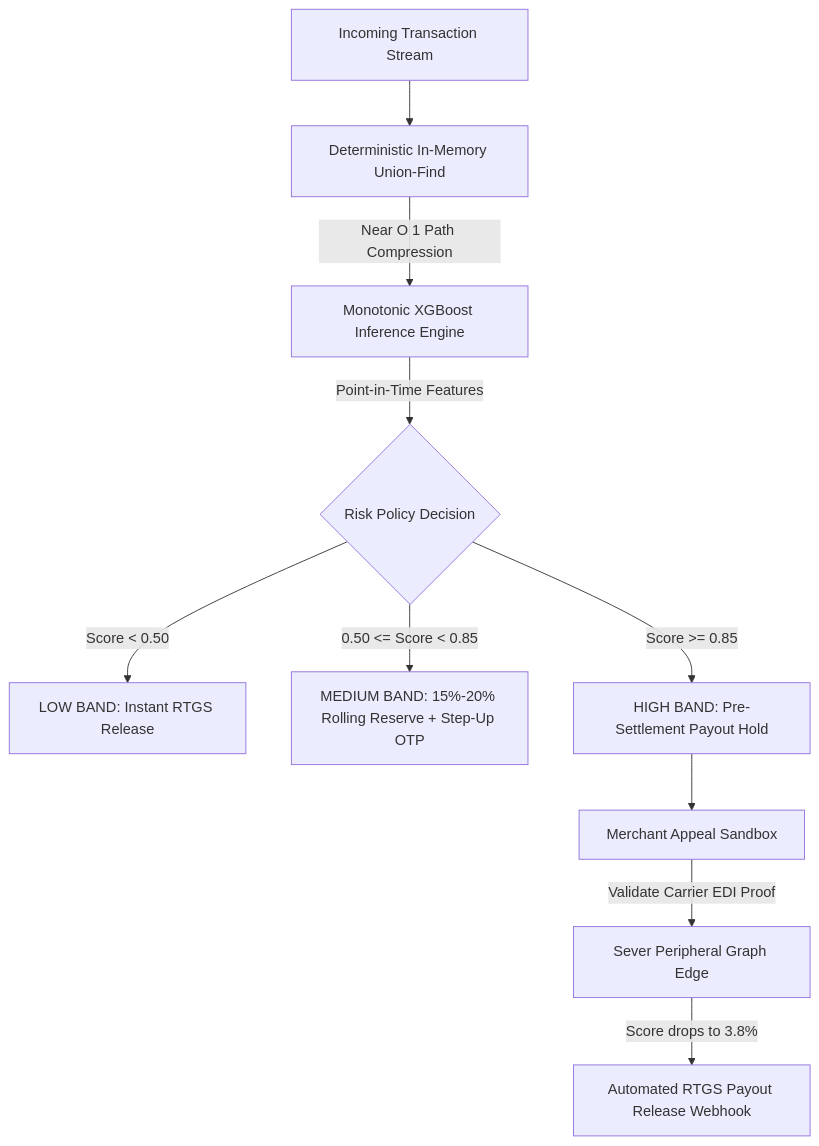
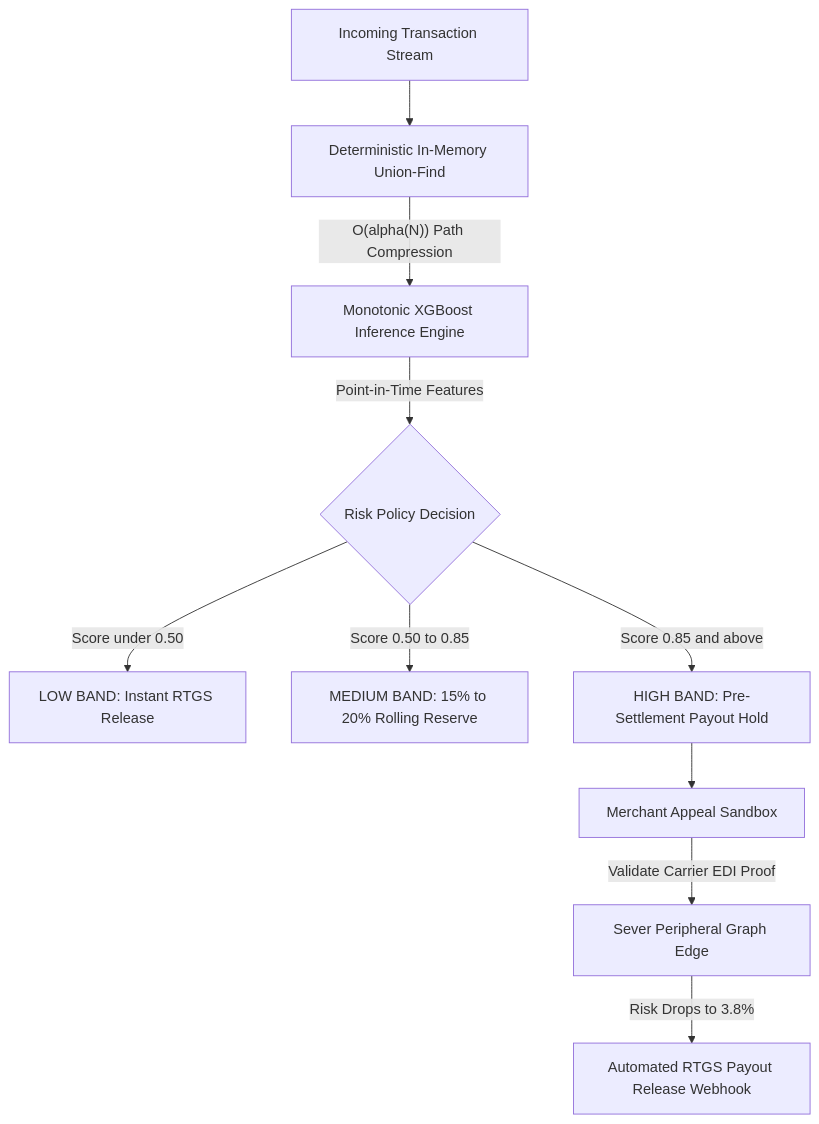
The diagram in README.md (SUBHA22-CODER/Docket-Risk), drawn with Mermaid before and after one commit.

Commit message:
fix(docs): resolve GitHub Mermaid rendering syntax error in Section 4

````diff
--- a/README.md
+++ b/README.md
@@ -149,14 +149,14 @@
 ```mermaid
 flowchart TD
-    A[Incoming Transaction Stream] --> B[Deterministic In-Memory Union-Find]
-    B -->|Near O 1 Path Compression| C[Monotonic XGBoost Inference Engine]
-    C -->|Point-in-Time Features| D{Risk Policy Decision}
+    A["Incoming Transaction Stream"] --> B["Deterministic In-Memory Union-Find"]
+    B -->|"O(alpha(N)) Path Compression"| C["Monotonic XGBoost Inference Engine"]
+    C -->|"Point-in-Time Features"| D{"Risk Policy Decision"}
     
-    D -->|Score < 0.50| E[LOW BAND: Instant RTGS Release]
-    D -->|0.50 <= Score < 0.85| F[MEDIUM BAND: 15%-20% Rolling Reserve + Step-Up OTP]
-    D -->|Score >= 0.85| G[HIGH BAND: Pre-Settlement Payout Hold]
+    D -->|"Score under 0.50"| E["LOW BAND: Instant RTGS Release"]
+    D -->|"Score 0.50 to 0.85"| F["MEDIUM BAND: 15% to 20% Rolling Reserve"]
+    D -->|"Score 0.85 and above"| G["HIGH BAND: Pre-Settlement Payout Hold"]
     
-    G --> H[Merchant Appeal Sandbox]
-    H -->|Validate Carrier EDI Proof| I[Sever Peripheral Graph Edge]
-    I -->|Score drops to 3.8%| J[Automated RTGS Payout Release Webhook]
+    G --> H["Merchant Appeal Sandbox"]
+    H -->|"Validate Carrier EDI Proof"| I["Sever Peripheral Graph Edge"]
+    I -->|"Risk Drops to 3.8%"| J["Automated RTGS Payout Release Webhook"]
 ```
````
